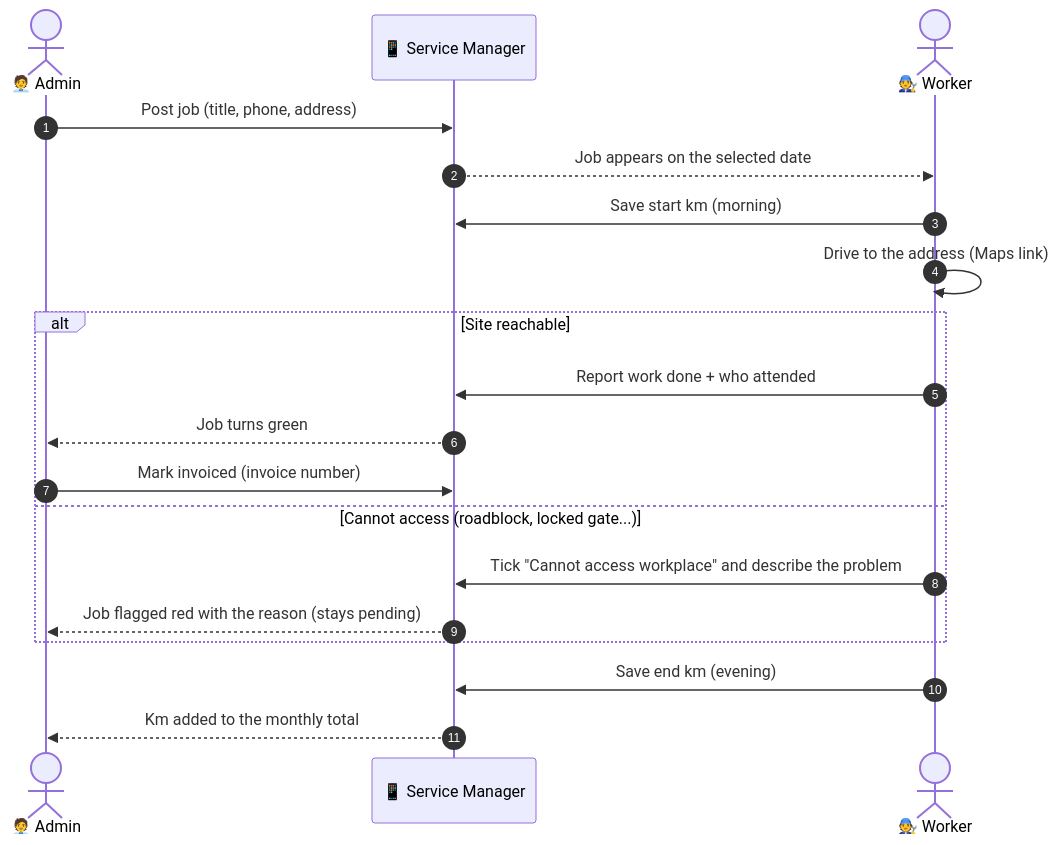
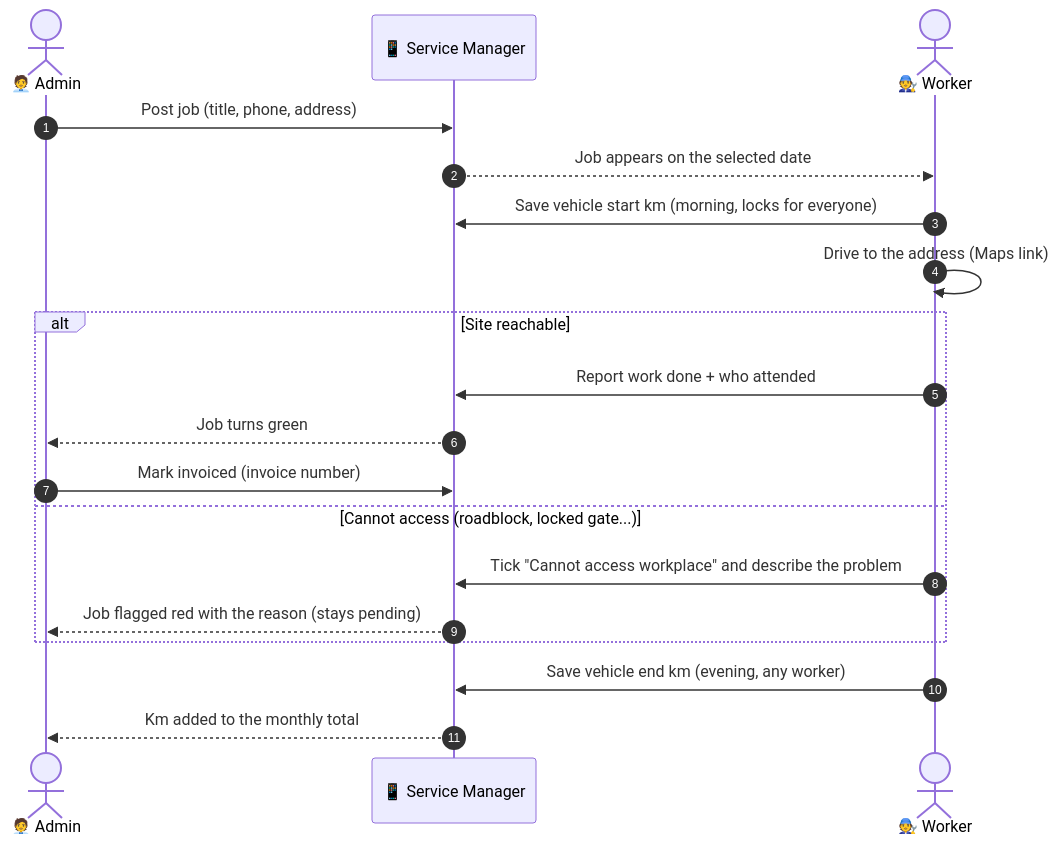
One commit to sankhas-desk/cctv-manager changed the first of 3 diagrams in README.md. Above: the diagram before and after it, drawn with Mermaid. The commit also changed other lines of this file, not shown here.

````diff
--- a/README.md
+++ b/README.md
@@ -48,22 +48,22 @@
 ```mermaid
 sequenceDiagram
     autonumber
     actor A as 🧑‍💼 Admin
     participant S as 📱 Service Manager
     actor W as 🧑‍🔧 Worker
 
     A->>S: Post job (title, phone, address)
     S-->>W: Job appears on the selected date
-    W->>S: Save start km (morning)
+    W->>S: Save vehicle start km (morning, locks for everyone)
     W->>W: Drive to the address (Maps link)
     alt Site reachable
         W->>S: Report work done + who attended
         S-->>A: Job turns green
         A->>S: Mark invoiced (invoice number)
     else Cannot access (roadblock, locked gate...)
         W->>S: Tick "Cannot access workplace" and describe the problem
         S-->>A: Job flagged red with the reason (stays pending)
     end
-    W->>S: Save end km (evening)
+    W->>S: Save vehicle end km (evening, any worker)
     S-->>A: Km added to the monthly total
 ```
````
